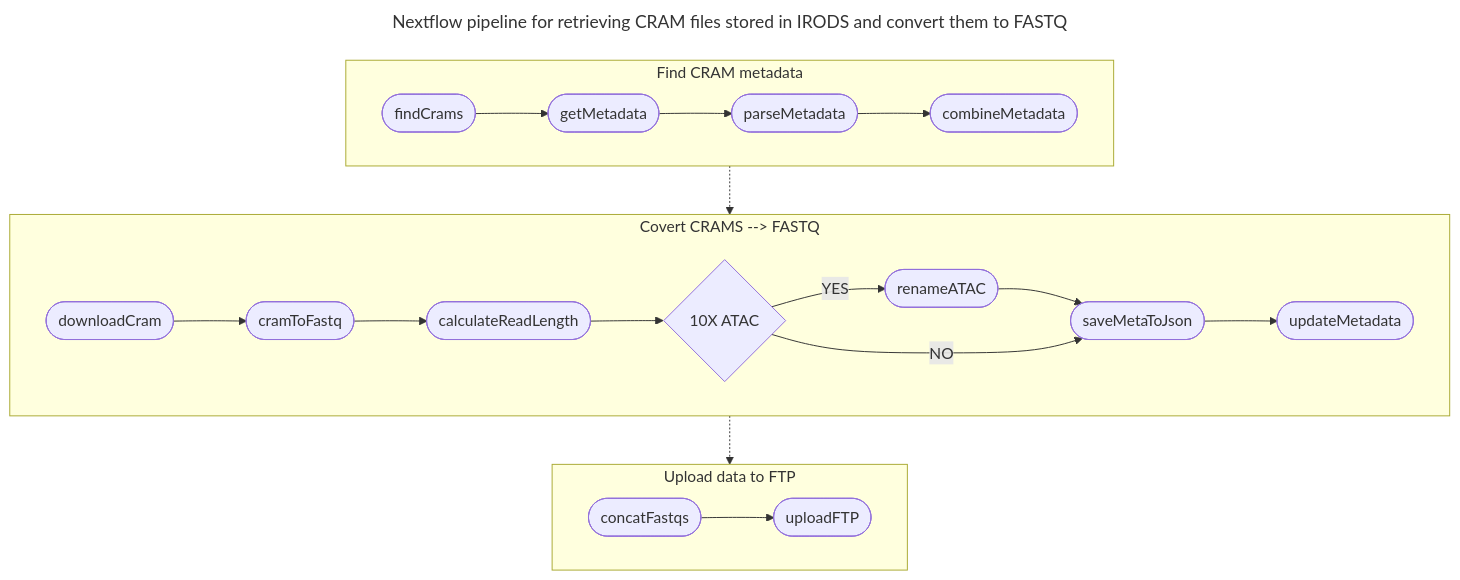
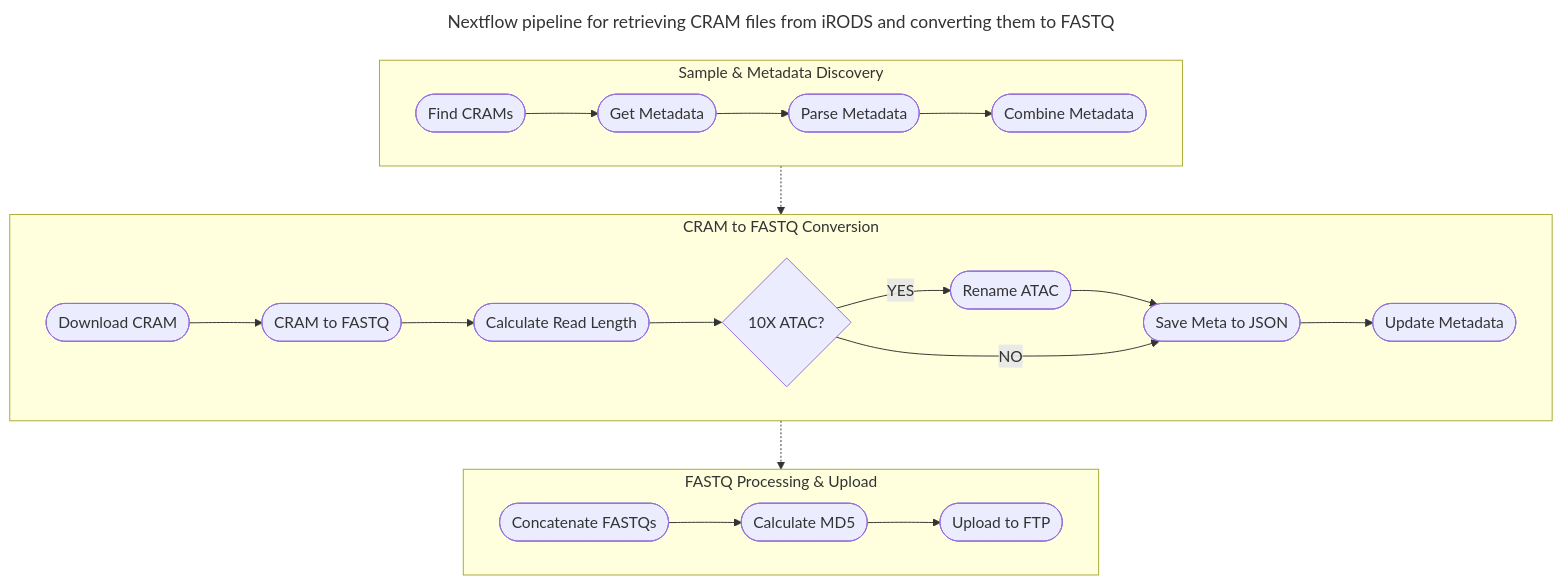
One commit to cellgeni/nf-irods-to-fastq changed the diagram in README.md. Above: the diagram before and after it, drawn with Mermaid. The commit also changed other lines of this file, not shown here.

````diff
--- a/README.md
+++ b/README.md
@@ -87,36 +244,41 @@
 ```mermaid
 ---
-title: Nextflow pipeline for retrieving CRAM files stored in IRODS and convert them to FASTQ
+title: Nextflow pipeline for retrieving CRAM files from iRODS and converting them to FASTQ
 ---
 flowchart TB
-    subgraph findmeta["Find CRAM metadata"]
-    direction LR
-      v0([findCrams])
-      v1([getMetadata])
-      v2([parseMetadata])
-      v3([combineMetadata])
+    subgraph discovery["Sample & Metadata Discovery"]
+        direction LR
+        v0([Find CRAMs])
+        v1([Get Metadata])
+        v2([Parse Metadata])
+        v3([Combine Metadata])
     end
-    subgraph downloadcrams["Covert CRAMS --> FASTQ"]
-    direction LR
-        v4([downloadCram])
-        v5([cramToFastq])
-        v6([calculateReadLength])
-        v7([checkATAC])
-        v8([renameATAC])
-        v9([saveMetaToJson])
-        v10([updateMetadata])
+    
+    subgraph conversion["CRAM to FASTQ Conversion"]
+        direction LR
+        v4([Download CRAM])
+        v5([CRAM to FASTQ])
+        v6([Calculate Read Length])
+        v7([Check ATAC])
+        v8([Rename ATAC])
+        v9([Save Meta to JSON])
+        v10([Update Metadata])
     end
-    subgraph uploadtoftp["Upload data to FTP"]
-    direction LR
-      v11([concatFastqs])
-      v12([uploadFTP])
+    
+    subgraph upload["FASTQ Processing & Upload"]
+        direction LR
+        v11([Concatenate FASTQs])
+        v12([Calculate MD5])
+        v13([Upload to FTP])
     end
+    
     v0 --> v1 --> v2 --> v3
-    v4 --> v5 --> v6 --> v7{10X ATAC}
-    v11 --> v12
+    v4 --> v5 --> v6 --> v7{10X ATAC?}
+    v11 --> v12 --> v13
     v7 --YES--> v8
     v8 --> v9
     v7 --NO--> v9
     v9 --> v10
-    findmeta -.-> downloadcrams -.-> uploadtoftp
+    
+    discovery -.-> conversion -.-> upload
 ```
````
